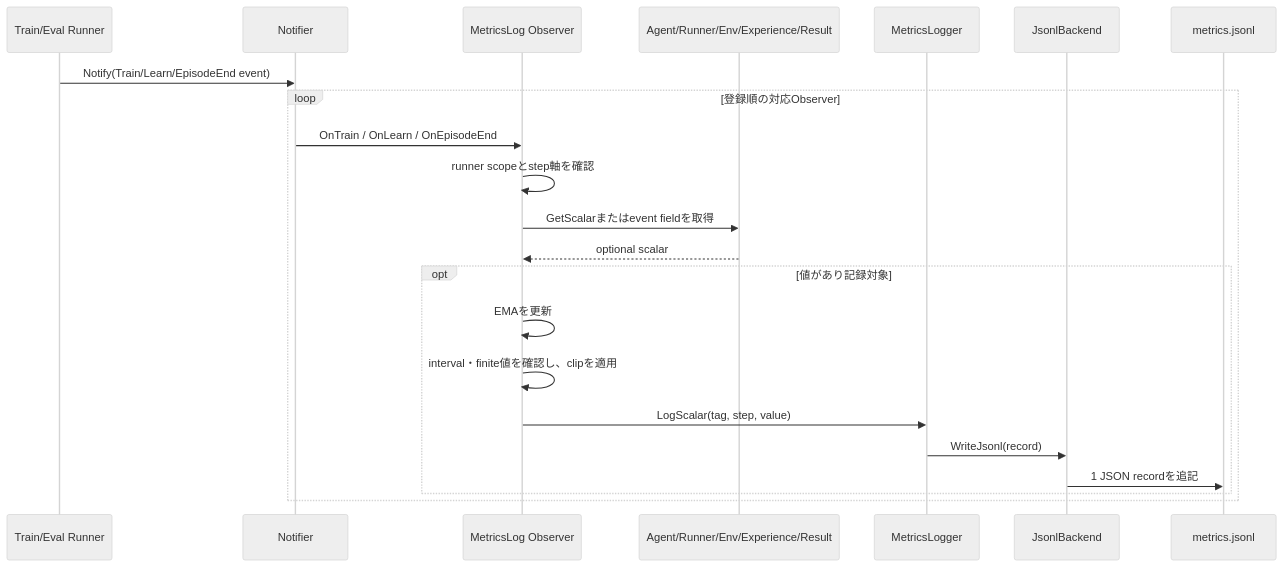
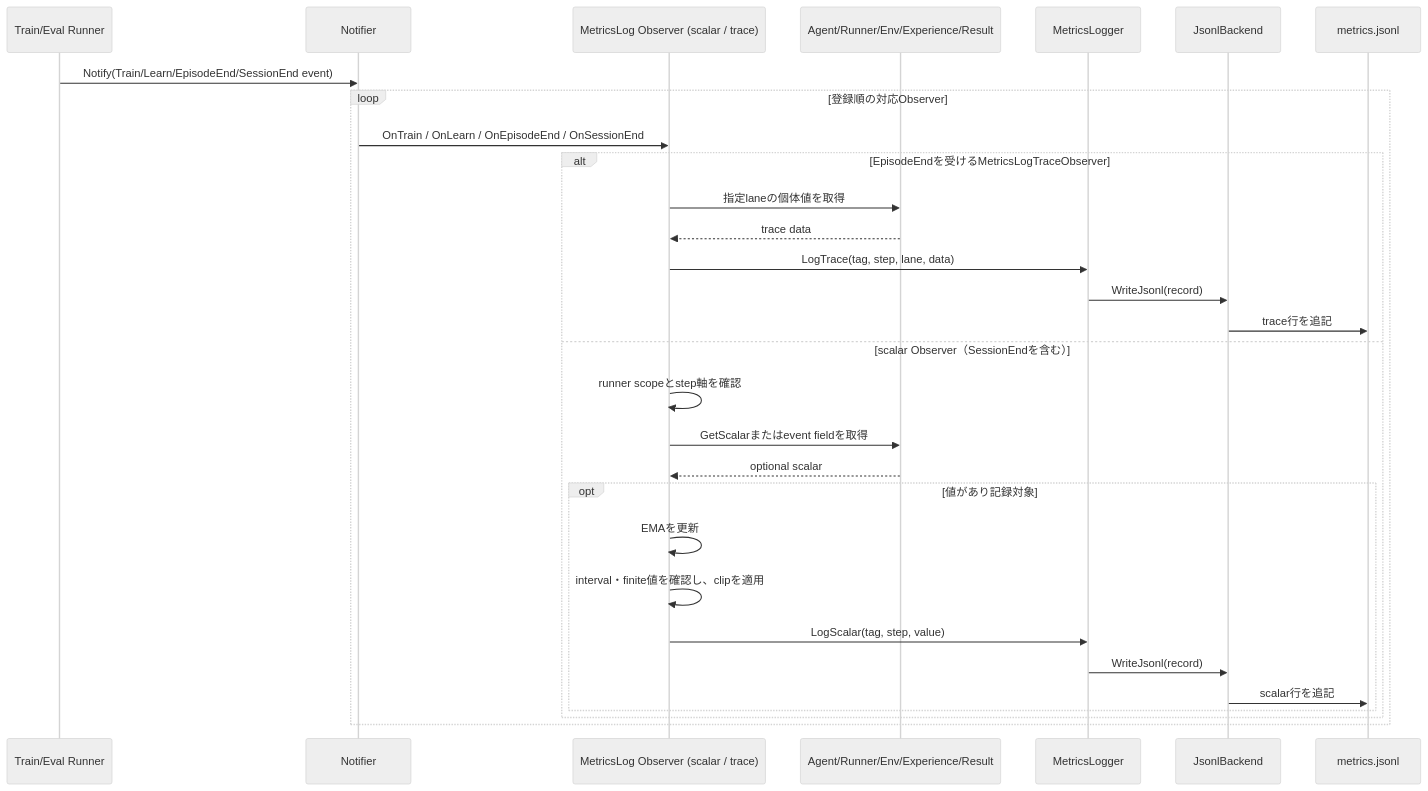
Before and after one commit to kazukin123/anet-lab: the second of 5 diagrams in docs/design/140_observability.en.md, drawn with Mermaid (neutral theme). The commit also changed other lines of this file and 31 other files, not shown here.

````diff
--- a/docs/design/140_observability.en.md
+++ b/docs/design/140_observability.en.md
@@ -122,25 +151,33 @@
 ```mermaid
 sequenceDiagram
     participant R as Train/Eval Runner
     participant N as Notifier
-    participant O as MetricsLog Observer
+    participant O as MetricsLog Observer (scalar / trace)
     participant S as Agent/Runner/Env/Experience/Result
     participant M as MetricsLogger
     participant J as JsonlBackend
     participant F as metrics.jsonl
 
-    R->>N: Notify(Train/Learn/EpisodeEnd event)
+    R->>N: Notify(Train/Learn/EpisodeEnd/SessionEnd event)
     loop 登録順の対応Observer
-        N->>O: OnTrain / OnLearn / OnEpisodeEnd
-        O->>O: runner scopeとstep軸を確認
-        O->>S: GetScalarまたはevent fieldを取得
-        S-->>O: optional scalar
-        opt 値があり記録対象
-            O->>O: EMAを更新
-            O->>O: interval・finite値を確認し、clipを適用
-            O->>M: LogScalar(tag, step, value)
+        N->>O: OnTrain / OnLearn / OnEpisodeEnd / OnSessionEnd
+        alt EpisodeEndを受けるMetricsLogTraceObserver
+            O->>S: 指定laneの個体値を取得
+            S-->>O: trace data
+            O->>M: LogTrace(tag, step, lane, data)
             M->>J: WriteJsonl(record)
-            J->>F: 1 JSON recordを追記
+            J->>F: trace行を追記
+        else scalar Observer（SessionEndを含む）
+            O->>O: runner scopeとstep軸を確認
+            O->>S: GetScalarまたはevent fieldを取得
+            S-->>O: optional scalar
+            opt 値があり記録対象
+                O->>O: EMAを更新
+                O->>O: interval・finite値を確認し、clipを適用
+                O->>M: LogScalar(tag, step, value)
+                M->>J: WriteJsonl(record)
+                J->>F: scalar行を追記
+            end
         end
     end
 ```
````
